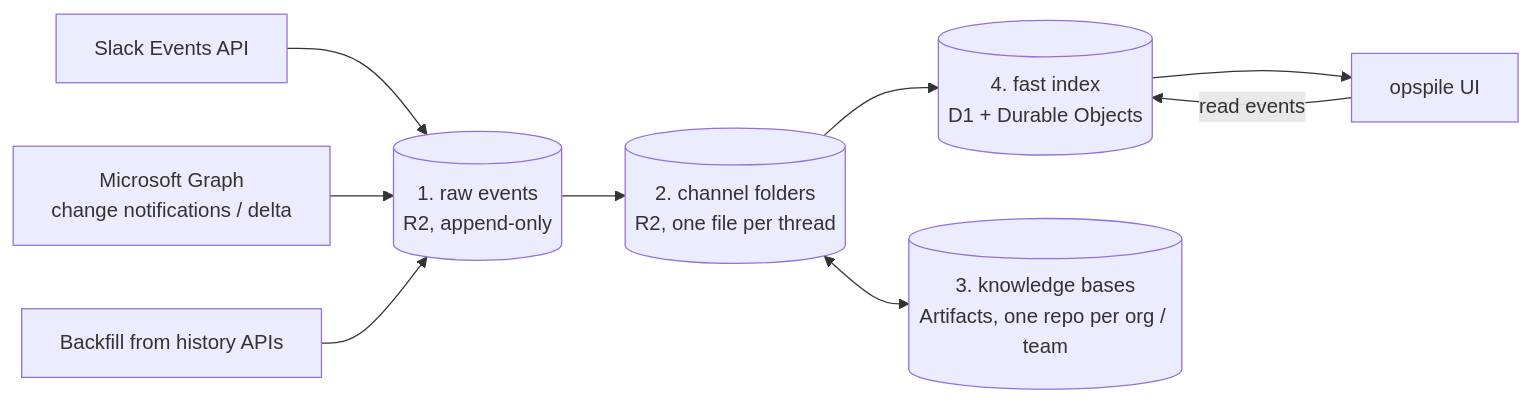
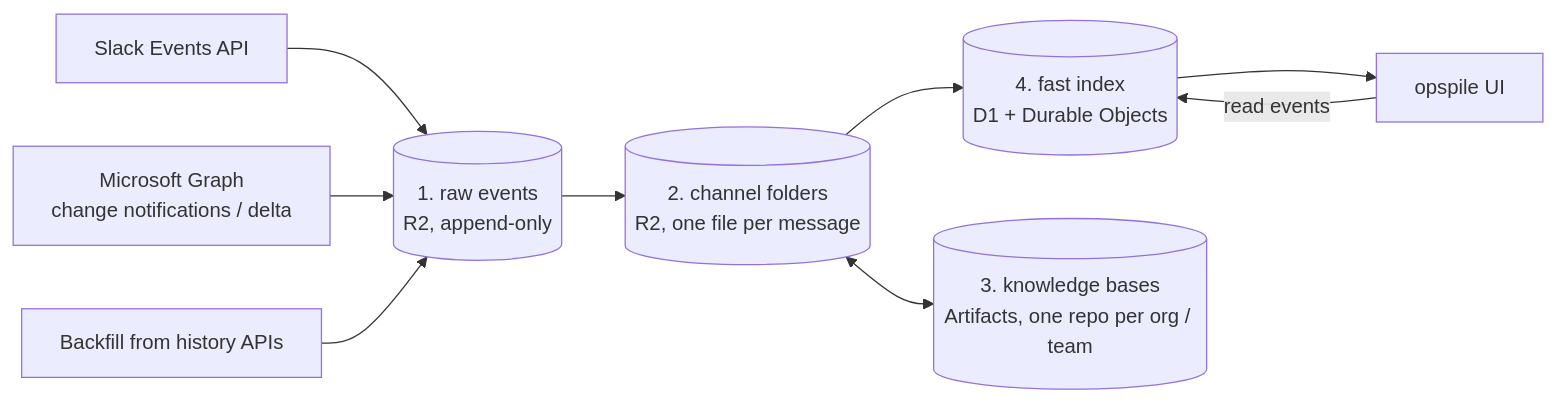
One commit to adobe/helix-opspile changed the diagram in docs/ARCHITECTURE.md. Above: the diagram before and after it, drawn with Mermaid. The commit also changed other lines of this file, not shown here.

Commit message:
docs: store one markdown file per message, no thread rollup

````diff
--- a/docs/ARCHITECTURE.md
+++ b/docs/ARCHITECTURE.md
@@ -17,11 +17,11 @@
 ```mermaid
 flowchart LR
   S[Slack Events API] --> R
   T[Microsoft Graph<br/>change notifications / delta] --> R
   B[Backfill from history APIs] --> R
   R[(1. raw events<br/>R2, append-only)] --> C
-  C[(2. channel folders<br/>R2, one file per thread)] --> I
+  C[(2. channel folders<br/>R2, one file per message)] --> I
   C <--> K[(3. knowledge bases<br/>Artifacts, one repo per org / team)]
   I[(4. fast index<br/>D1 + Durable Objects)] --> UI[opspile UI]
   UI -- read events --> I
 ```
````
